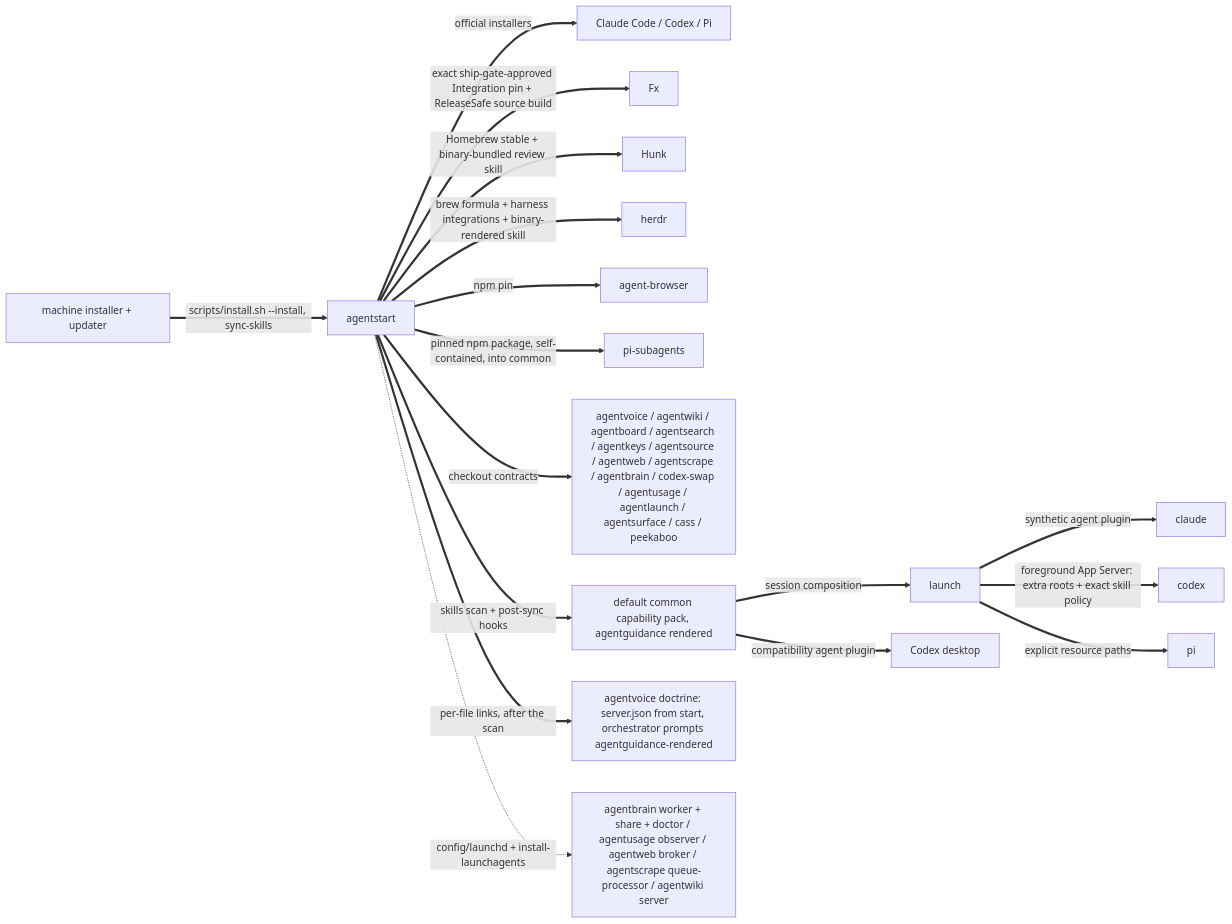
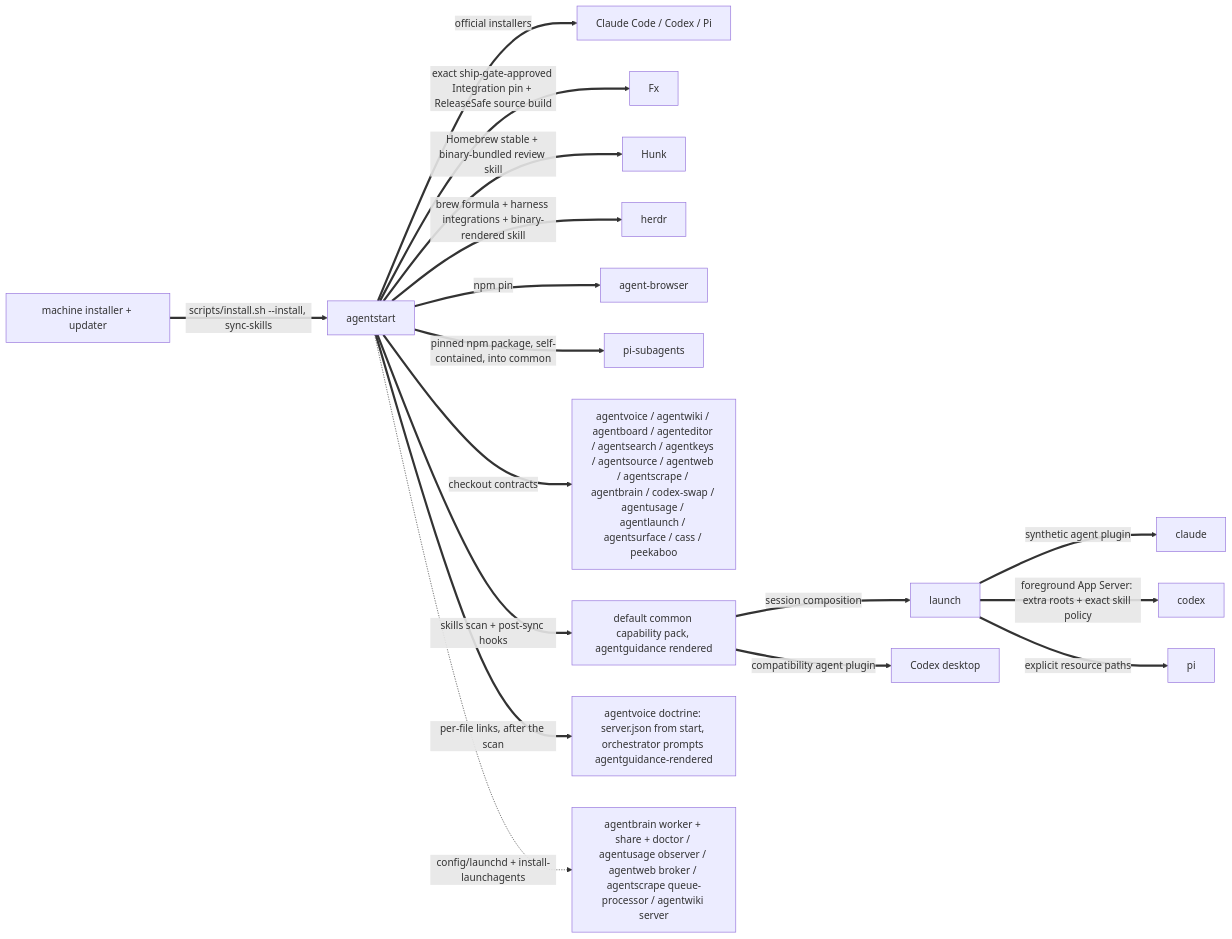
One commit to possibilities/agentstart changed the second of 3 diagrams in skills/fleet/MAP.md. Above: the diagram before and after it, drawn with Mermaid. The commit also changed other lines of this file and 2 other files, not shown here.

Commit message:
Install agenteditor with the fleet CLIs

````diff
--- a/skills/fleet/MAP.md
+++ b/skills/fleet/MAP.md
@@ -83,22 +83,22 @@
 ```mermaid
 flowchart LR
     machine[machine installer + updater]
     start[agentstart]
 
     machine ==>|scripts/install.sh --install, sync-skills| start
     start ==>|official installers| harnesses[Claude Code / Codex / Pi]
     start ==>|exact ship-gate-approved Integration pin + ReleaseSafe source build| fx[Fx]
     start ==>|Homebrew stable + binary-bundled review skill| hunk[Hunk]
     start ==>|brew formula + harness integrations + binary-rendered skill| herdrInstall[herdr]
     start ==>|npm pin| browser[agent-browser]
     start ==>|pinned npm package, self-contained, into common| piSubagents[pi-subagents]
-    start ==>|checkout contracts| fleet[agentvoice / agentwiki / agentboard / agentsearch / agentkeys / agentsource / agentweb / agentscrape / agentbrain / codex-swap / agentusage / agentlaunch / agentsurface / cass / peekaboo]
+    start ==>|checkout contracts| fleet[agentvoice / agentwiki / agentboard / agenteditor / agentsearch / agentkeys / agentsource / agentweb / agentscrape / agentbrain / codex-swap / agentusage / agentlaunch / agentsurface / cass / peekaboo]
     start ==>|skills scan + post-sync hooks| skills[default common capability pack, agentguidance rendered]
     skills ==>|session composition| launch
     launch ==>|synthetic agent plugin| claude
     launch ==>|foreground App Server: extra roots + exact skill policy| codex
     launch ==>|explicit resource paths| pi
     skills ==>|compatibility agent plugin| codexDesktop[Codex desktop]
     start ==>|per-file links, after the scan| voiceDoctrine[agentvoice doctrine: server.json from start, orchestrator prompts agentguidance-rendered]
     start -.->|config/launchd + install-launchagents| services[agentbrain worker + share + doctor / agentusage observer / agentweb broker / agentscrape queue-processor / agentwiki server]
 ```
````
